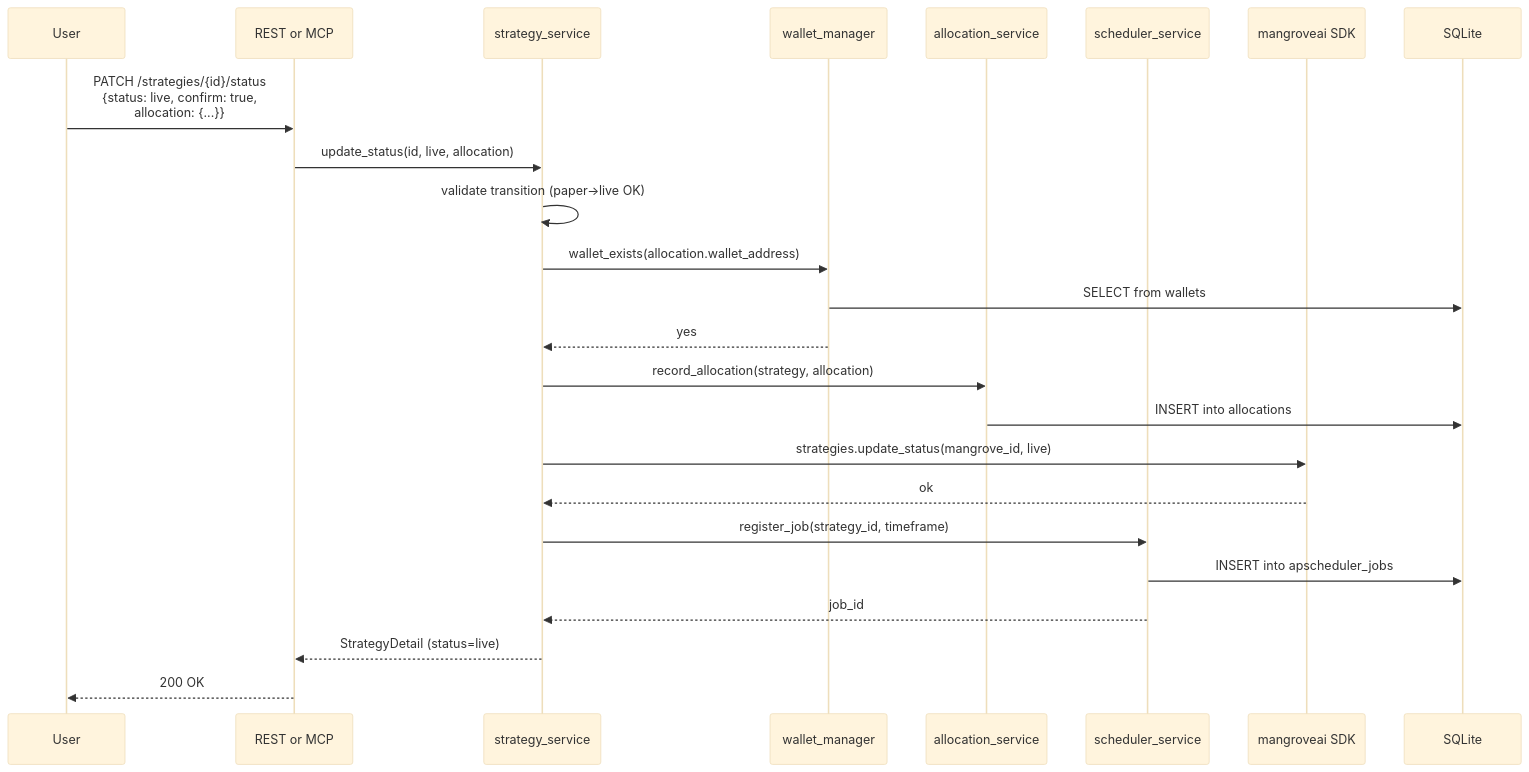
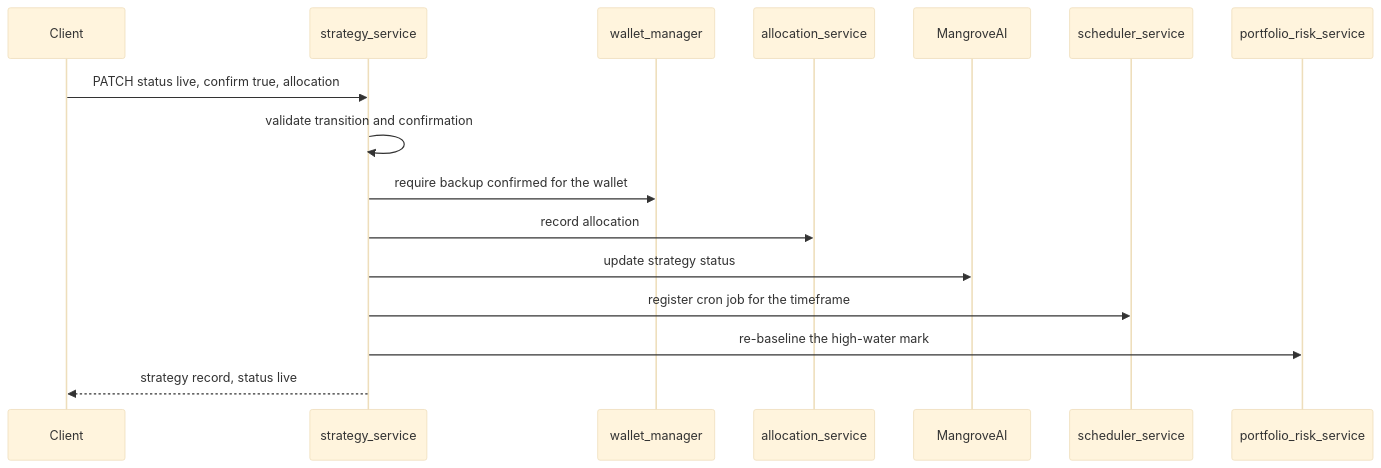
The third of 4 diagrams in docs/architecture.md (MangroveTechnologies/mangrove-agent), drawn with Mermaid (base theme) before and after one commit. The commit also changed other lines of this file and 75 other files, not shown here.

````diff
--- a/docs/architecture.md
+++ b/docs/architecture.md
@@ -140,27 +151,19 @@
 ```mermaid
 sequenceDiagram
-    participant U as User
-    participant API as REST or MCP
+    participant U as Client
     participant SS as strategy_service
     participant WM as wallet_manager
     participant AS as allocation_service
+    participant AI as MangroveAI
     participant SCH as scheduler_service
-    participant SDK as mangroveai SDK
-    participant DB as SQLite
+    participant PR as portfolio_risk_service
 
-    U->>API: PATCH /strategies/{id}/status<br/>{status: live, confirm: true,<br/>allocation: {...}}
-    API->>SS: update_status(id, live, allocation)
-    SS->>SS: validate transition (paper→live OK)
-    SS->>WM: wallet_exists(allocation.wallet_address)
-    WM->>DB: SELECT from wallets
-    WM-->>SS: yes
-    SS->>AS: record_allocation(strategy, allocation)
-    AS->>DB: INSERT into allocations
-    SS->>SDK: strategies.update_status(mangrove_id, live)
-    SDK-->>SS: ok
-    SS->>SCH: register_job(strategy_id, timeframe)
-    SCH->>DB: INSERT into apscheduler_jobs
-    SCH-->>SS: job_id
-    SS-->>API: StrategyDetail (status=live)
-    API-->>U: 200 OK
+    U->>SS: PATCH status live, confirm true, allocation
+    SS->>SS: validate transition and confirmation
+    SS->>WM: require backup confirmed for the wallet
+    SS->>AS: record allocation
+    SS->>AI: update strategy status
+    SS->>SCH: register cron job for the timeframe
+    SS->>PR: re-baseline the high-water mark
+    SS-->>U: strategy record, status live
 ```
````
